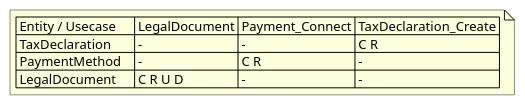
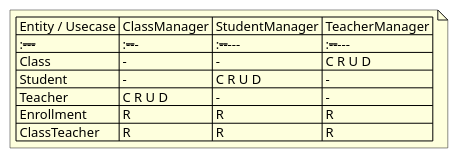
One commit to alvinnguyen9820-prog/TestPUML changed the diagram in 5.crud-matrix.puml. Above: the diagram before and after it, drawn with PlantUML. The commit also changed 10 other files, not shown here.

```diff
--- a/5.crud-matrix.puml
+++ b/5.crud-matrix.puml
@@ -1,8 +1,11 @@
 @startuml CRUD_Matrix
 note as CRUD_Matrix
-| Entity / Usecase | LegalDocument | Payment_Connect | TaxDeclaration_Create |
-| TaxDeclaration   | -             | -               | C R                   |
-| PaymentMethod    | -             | C R             | -                     |
-| LegalDocument    | C R U D       | -               | -                     |
+| Entity / Usecase | ClassManager | StudentManager | TeacherManager |
+| :--------------- | :----------- | :------------- | :------------- |
+| Class            | -            | -              | C R U D        |
+| Student          | -            | C R U D        | -              |
+| Teacher          | C R U D      | -              | -              |
+| Enrollment       | R            | R              | R              |
+| ClassTeacher     | R            | R              | R              |
 end note
 @enduml
```
